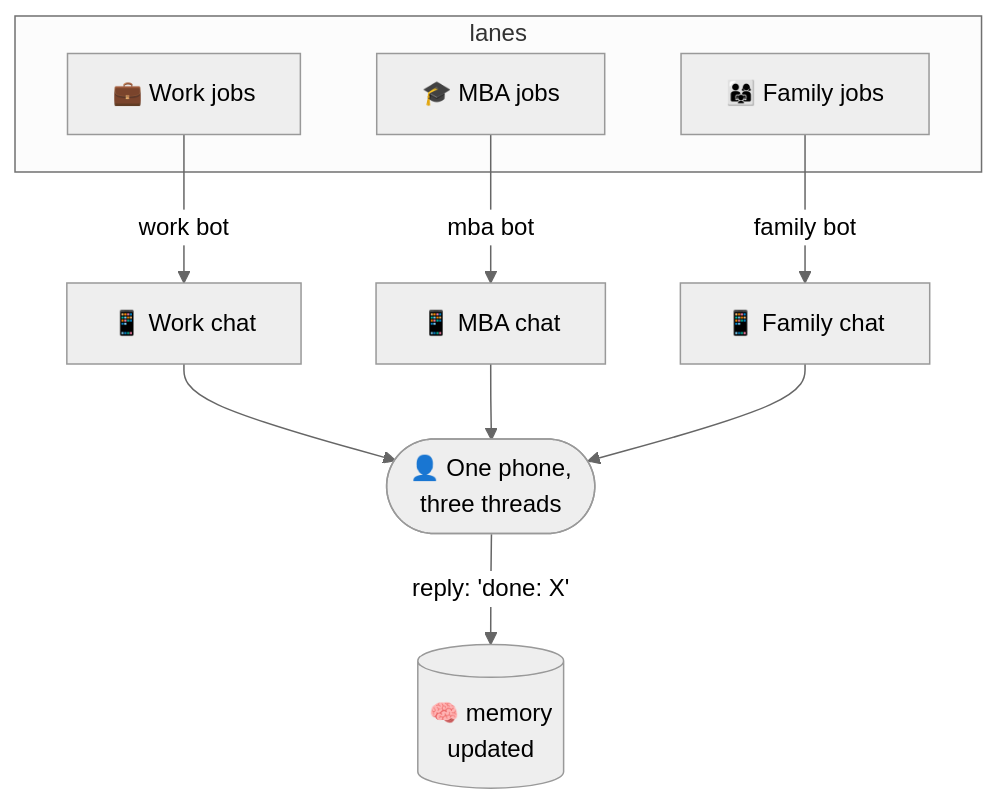
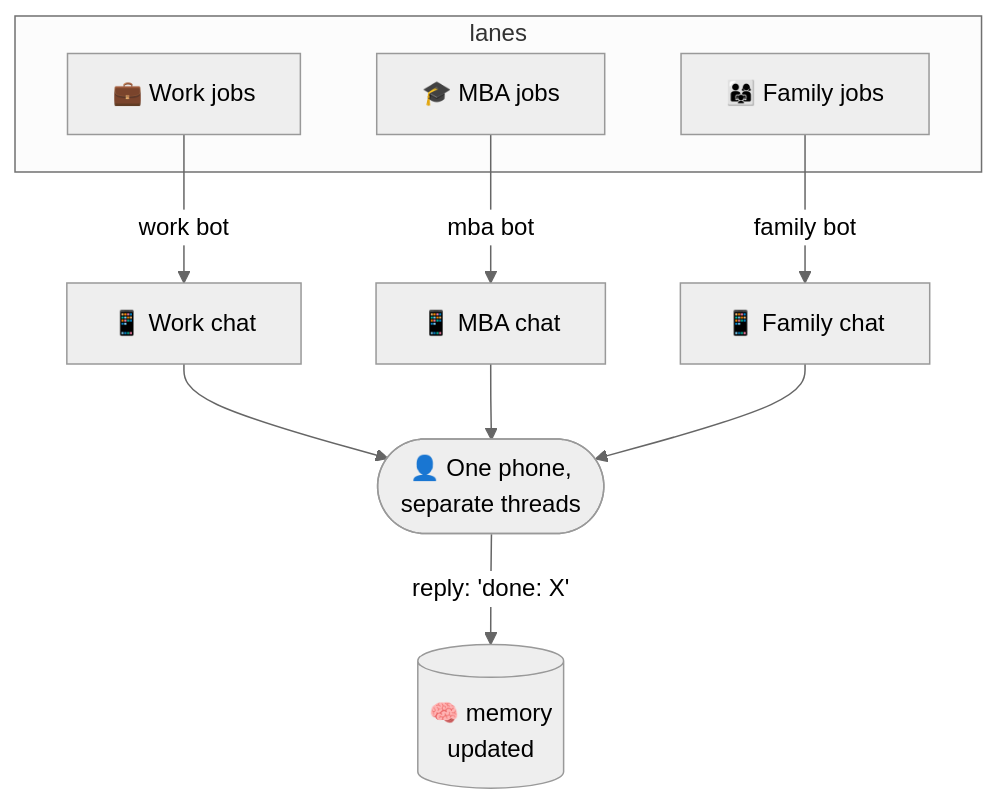
One commit to nickmuchi87/hermes-agents-showcase changed the third of 4 diagrams in docs/06-the-schedule.md. Above: the diagram before and after it, drawn with Mermaid (neutral theme). The commit also changed other lines of this file and 8 other files, not shown here.

````diff
--- a/docs/06-the-schedule.md
+++ b/docs/06-the-schedule.md
@@ -103,13 +144,13 @@
 ```mermaid
 flowchart TB
     subgraph lanes
-        em[💼 Work jobs] 
+        em[💼 Work jobs]
         wemba[🎓 MBA jobs]
         fam[👨‍👩‍👧 Family jobs]
     end
     em -->|work bot| t1[📱 Work chat]
     wemba -->|mba bot| t2[📱 MBA chat]
     fam -->|family bot| t3[📱 Family chat]
-    t1 & t2 & t3 --> me([👤 One phone,<br/>three threads])
+    t1 & t2 & t3 --> me([👤 One phone,<br/>separate threads])
     me -->|"reply: 'done: X'"| back[(🧠 memory<br/>updated)]
 ```
````
